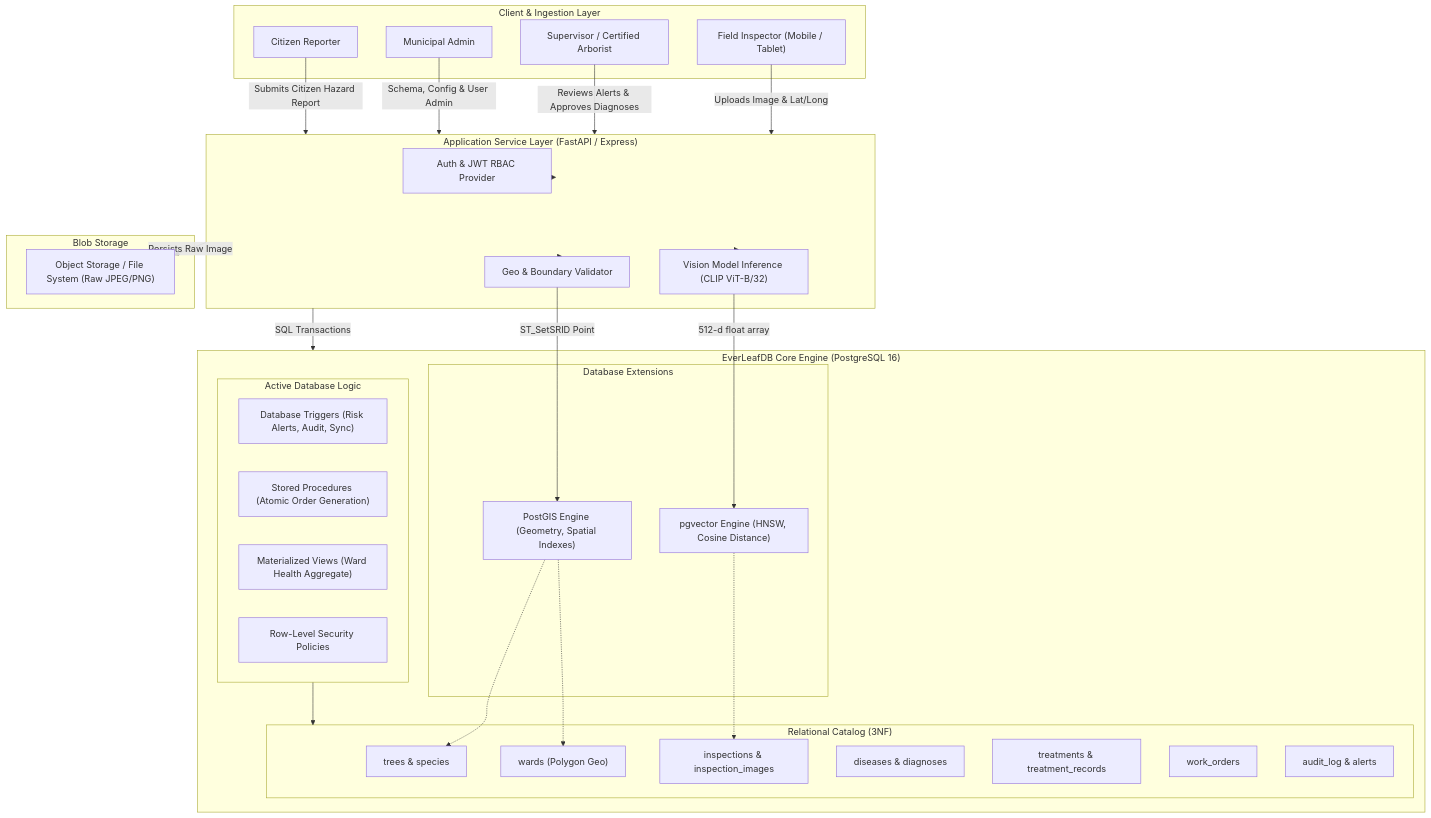
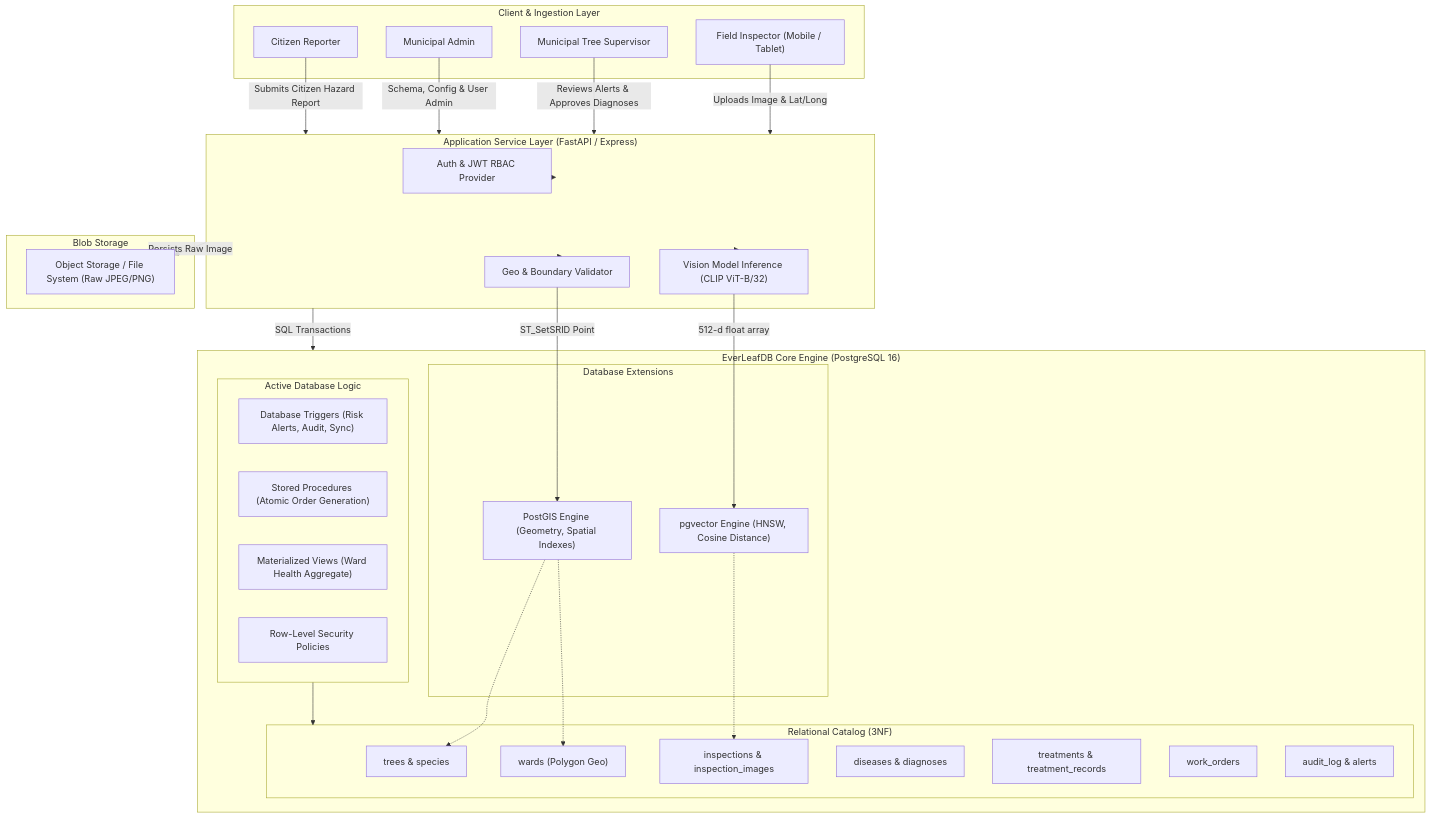
One commit to karthik5033/EverLeafDB changed the first of 7 diagrams in README.md. Above: the diagram before and after it, drawn with Mermaid. The commit also changed other lines of this file and 3 other files, not shown here.

````diff
--- a/README.md
+++ b/README.md
@@ -79,62 +79,62 @@
 ```mermaid
 flowchart TD
     subgraph ClientLayer["Client & Ingestion Layer"]
         FI["Field Inspector (Mobile / Tablet)"]
-        AB["Supervisor / Certified Arborist"]
+        AB["Municipal Tree Supervisor"]
         ADM["Municipal Admin"]
         CR["Citizen Reporter"]
     end
 
     subgraph AppServer["Application Service Layer (FastAPI / Express)"]
         AUTH["Auth & JWT RBAC Provider"]
         VEC_INFER["Vision Model Inference (CLIP ViT-B/32)"]
         COORD_VAL["Geo & Boundary Validator"]
     end
 
     subgraph DBEngine["EverLeafDB Core Engine (PostgreSQL 16)"]
         subgraph Ext["Database Extensions"]
             GIS["PostGIS Engine (Geometry, Spatial Indexes)"]
             VEC["pgvector Engine (HNSW, Cosine Distance)"]
         end
         
         subgraph Schemas["Relational Catalog (3NF)"]
             T_TREES["trees & species"]
             T_WARDS["wards (Polygon Geo)"]
             T_INSP["inspections & inspection_images"]
             T_DIAG["diseases & diagnoses"]
             T_TREAT["treatments & treatment_records"]
             T_WO["work_orders"]
             T_AUDIT["audit_log & alerts"]
         end
 
         subgraph EngineRules["Active Database Logic"]
             TRG["Database Triggers (Risk Alerts, Audit, Sync)"]
             SP["Stored Procedures (Atomic Order Generation)"]
             MV["Materialized Views (Ward Health Aggregate)"]
             RLS["Row-Level Security Policies"]
         end
     end
 
     subgraph StorageLayer["Blob Storage"]
         S3["Object Storage / File System (Raw JPEG/PNG)"]
     end
 
     FI -->|Uploads Image & Lat/Long| AppServer
     AB -->|Reviews Alerts & Approves Diagnoses| AppServer
     ADM -->|Schema, Config & User Admin| AppServer
     CR -->|Submits Citizen Hazard Report| AppServer
 
     AppServer --> AUTH
     AppServer --> VEC_INFER
     AppServer --> COORD_VAL
 
     VEC_INFER -->|512-d float array| VEC
     COORD_VAL -->|ST_SetSRID Point| GIS
     AppServer -->|Persists Raw Image| S3
     AppServer -->|SQL Transactions| DBEngine
 
     GIS -.-> T_WARDS
     GIS -.-> T_TREES
     VEC -.-> T_INSP
     EngineRules --> Schemas
 ```
````
